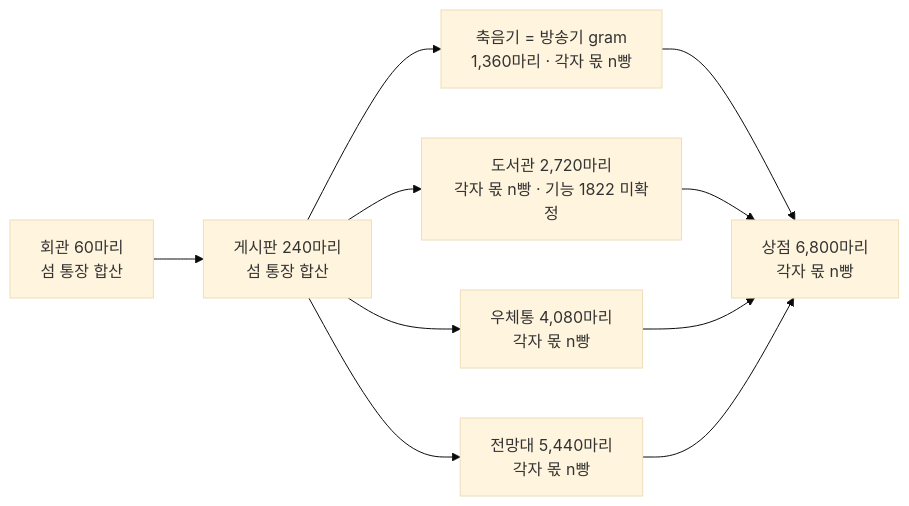
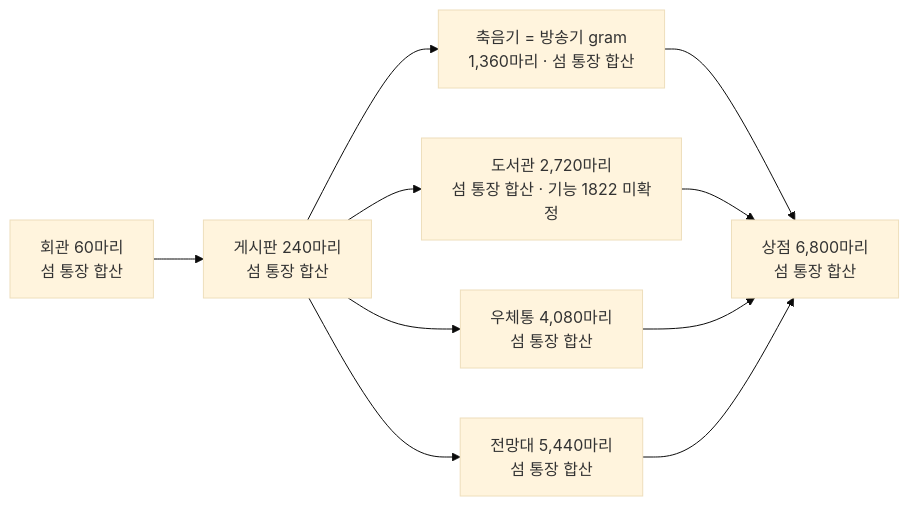
The second of 3 diagrams in docs/prd/fishcat/island-construction/high-level-design.md (OneOrThree/phone), drawn with Mermaid (base theme) before and after one commit. The commit also changed other lines of this file and 12 other files, not shown here.

````diff
--- a/docs/prd/fishcat/island-construction/high-level-design.md
+++ b/docs/prd/fishcat/island-construction/high-level-design.md
@@ -19,12 +19,12 @@
 ```mermaid
 flowchart LR
   Hall[회관 60마리<br/>섬 통장 합산] --> Board[게시판 240마리<br/>섬 통장 합산]
-  Board --> Gram[축음기 = 방송기 gram<br/>1,360마리 · 각자 몫 n빵]
-  Board --> Library[도서관 2,720마리<br/>각자 몫 n빵 · 기능 1822 미확정]
-  Board --> Mail[우체통 4,080마리<br/>각자 몫 n빵]
-  Board --> Tower[전망대 5,440마리<br/>각자 몫 n빵]
-  Gram --> Shop[상점 6,800마리<br/>각자 몫 n빵]
+  Board --> Gram[축음기 = 방송기 gram<br/>1,360마리 · 섬 통장 합산]
+  Board --> Library[도서관 2,720마리<br/>섬 통장 합산 · 기능 1822 미확정]
+  Board --> Mail[우체통 4,080마리<br/>섬 통장 합산]
+  Board --> Tower[전망대 5,440마리<br/>섬 통장 합산]
+  Gram --> Shop[상점 6,800마리<br/>섬 통장 합산]
   Library --> Shop
   Mail --> Shop
   Tower --> Shop
 ```
````
